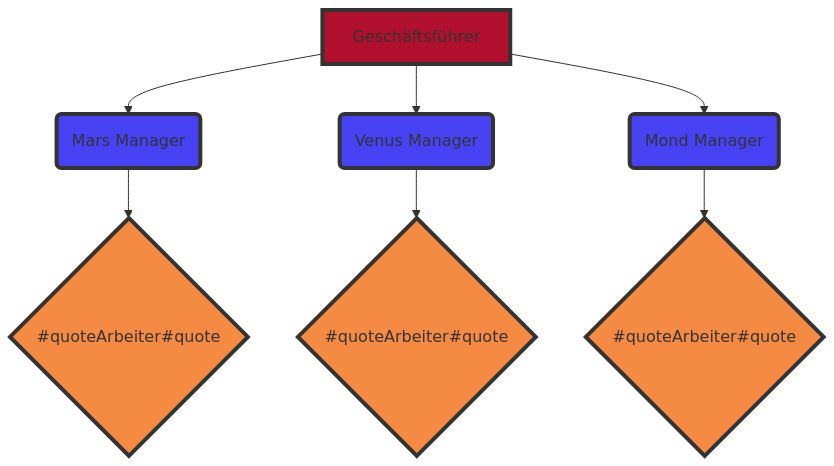
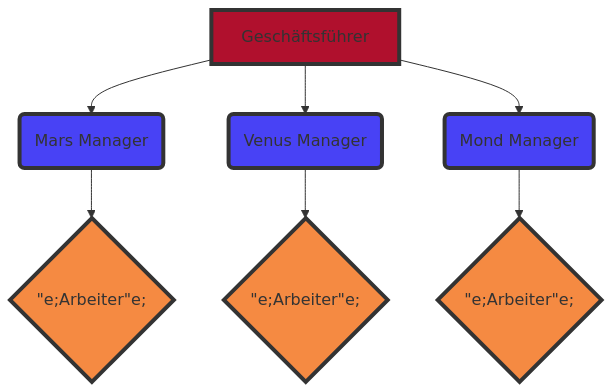
Before and after one commit to Team6IT26A/LF4: the diagram in Geltungsbereich.md, drawn with Mermaid.

````diff
--- a/Geltungsbereich.md
+++ b/Geltungsbereich.md
@@ -4,20 +4,20 @@
 ```mermaid
 graph TB
     A[Geschäftsführer]
     A --> B(Mars Manager)
     A --> C(Venus Manager)
     A --> D(Mond Manager)
-    E{#quoteArbeiter#quote}
-    F{#quoteArbeiter#quote}
-    G{#quoteArbeiter#quote}
+    E{#quote;Arbeiter#quote;}
+    F{#quote;Arbeiter#quote;}
+    G{#quote;Arbeiter#quote;}
     B --> E
     C --> F
     D --> G
 
     classDef red fill:#b0102d,stroke:#333,stroke-width:4px;
     classDef blue fill:#4842f5,stroke:#333,stroke-width:4px;
     classDef orange fill:#f58a42,stroke:#333,stroke-width:4px;
     class A red
     class B,C,D blue
     class E,F,G orange
 ```
````
